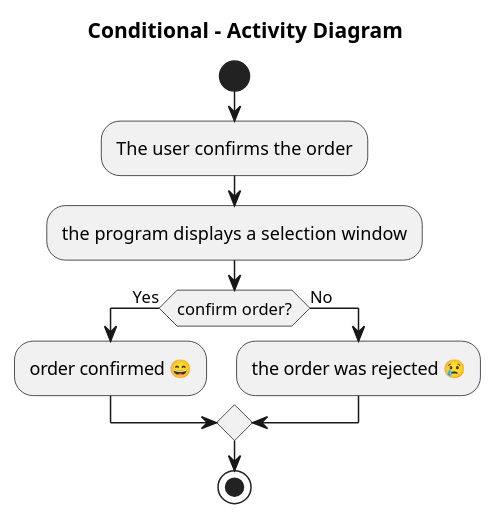
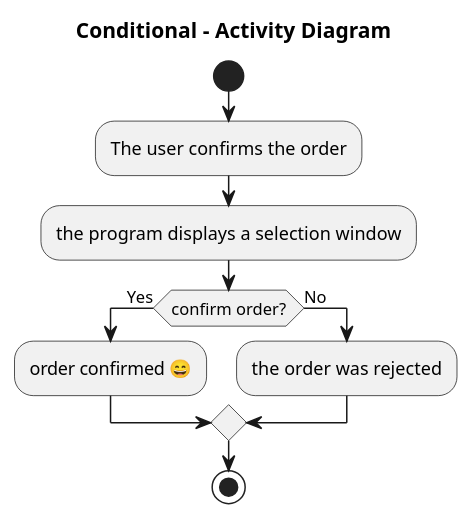
One commit to oleksandrblazhko/ai201-kebap changed the diagram in 2-SoftwareDesign/2.7-PlantUML/UML-Activity.puml. Above: the diagram before and after it, drawn with PlantUML.

```diff
--- a/2-SoftwareDesign/2.7-PlantUML/UML-Activity.puml
+++ b/2-SoftwareDesign/2.7-PlantUML/UML-Activity.puml
@@ -1,18 +1,18 @@
 @startuml
 
 title Conditional - Activity Diagram 
 
 start
 
 :The user confirms the order;
 :the program displays a selection window;
 
 if (confirm order?) then (Yes)
   :order confirmed 😄;
 else (No)
-  :the order was rejected 😢;
+  :the order was rejected;
 endif
 
 stop
 
 @enduml
```
